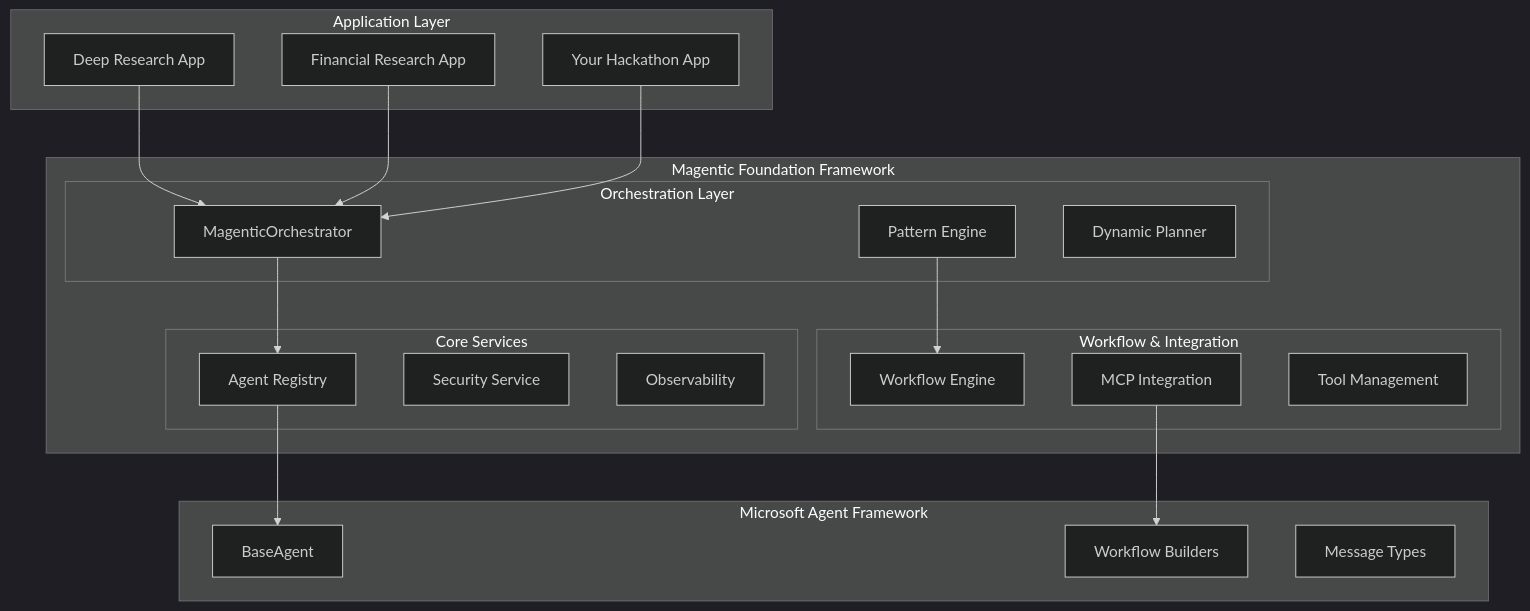
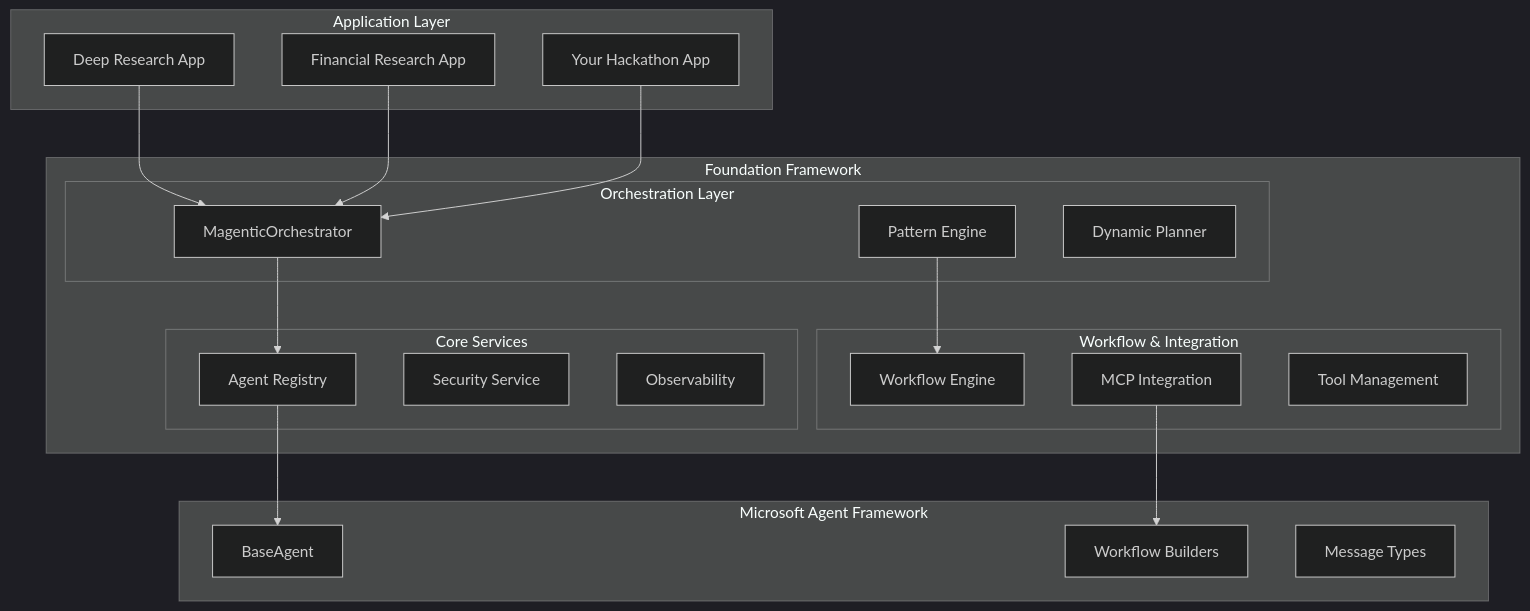
One commit to akshata29/agents changed the first of 3 diagrams in docs/hackathon/02-framework-architecture.md. Above: the diagram before and after it, drawn with Mermaid (dark theme). The commit also changed other lines of this file and 56 other files, not shown here.

````diff
--- a/docs/hackathon/02-framework-architecture.md
+++ b/docs/hackathon/02-framework-architecture.md
@@ -9,42 +9,42 @@
 ```mermaid
 graph TB
     subgraph "Application Layer"
         A1[Deep Research App]
         A2[Financial Research App]
         A3[Your Hackathon App]
     end
     
-    subgraph "Magentic Foundation Framework"
+    subgraph "Foundation Framework"
         subgraph "Orchestration Layer"
             B1[MagenticOrchestrator]
             B2[Pattern Engine]
             B3[Dynamic Planner]
         end
         
         subgraph "Core Services"
             C1[Agent Registry]
             C2[Security Service]
             C3[Observability]
         end
         
         subgraph "Workflow & Integration"
             D1[Workflow Engine]
             D2[MCP Integration]
             D3[Tool Management]
         end
     end
     
     subgraph "Microsoft Agent Framework"
         E1[BaseAgent]
         E2[Workflow Builders]
         E3[Message Types]
     end
     
     A1 --> B1
     A2 --> B1
     A3 --> B1
     B1 --> C1
     B2 --> D1
     D2 --> E2
     C1 --> E1
 ```
````
